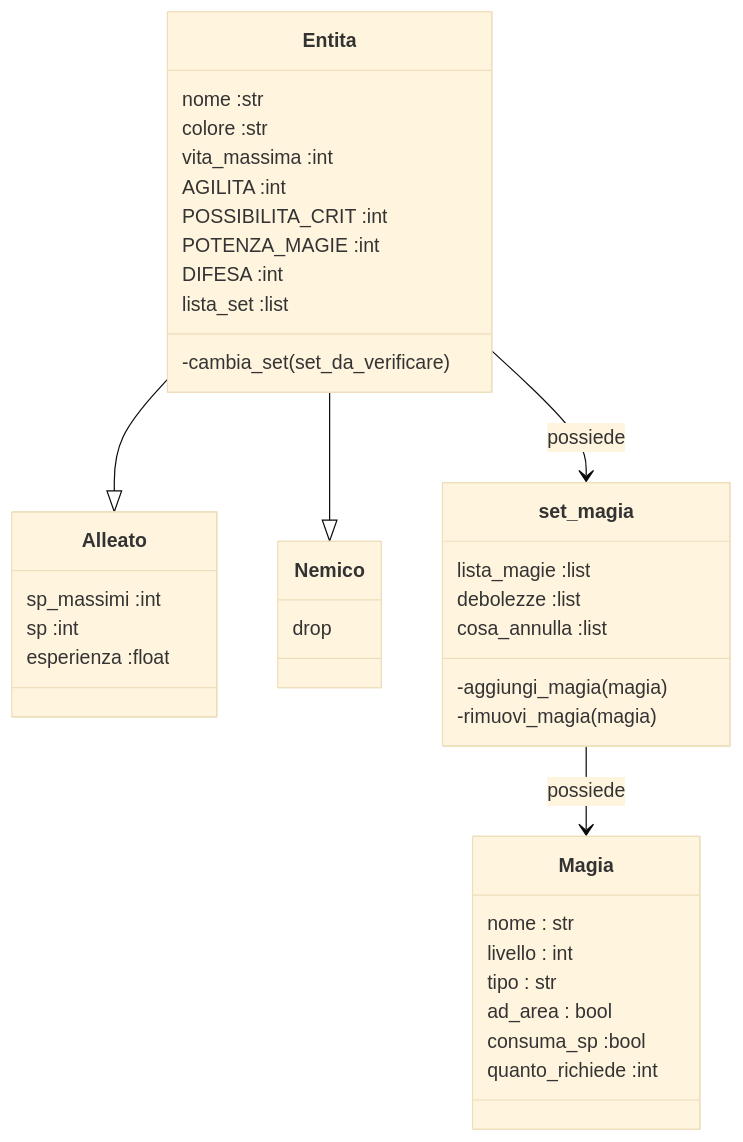
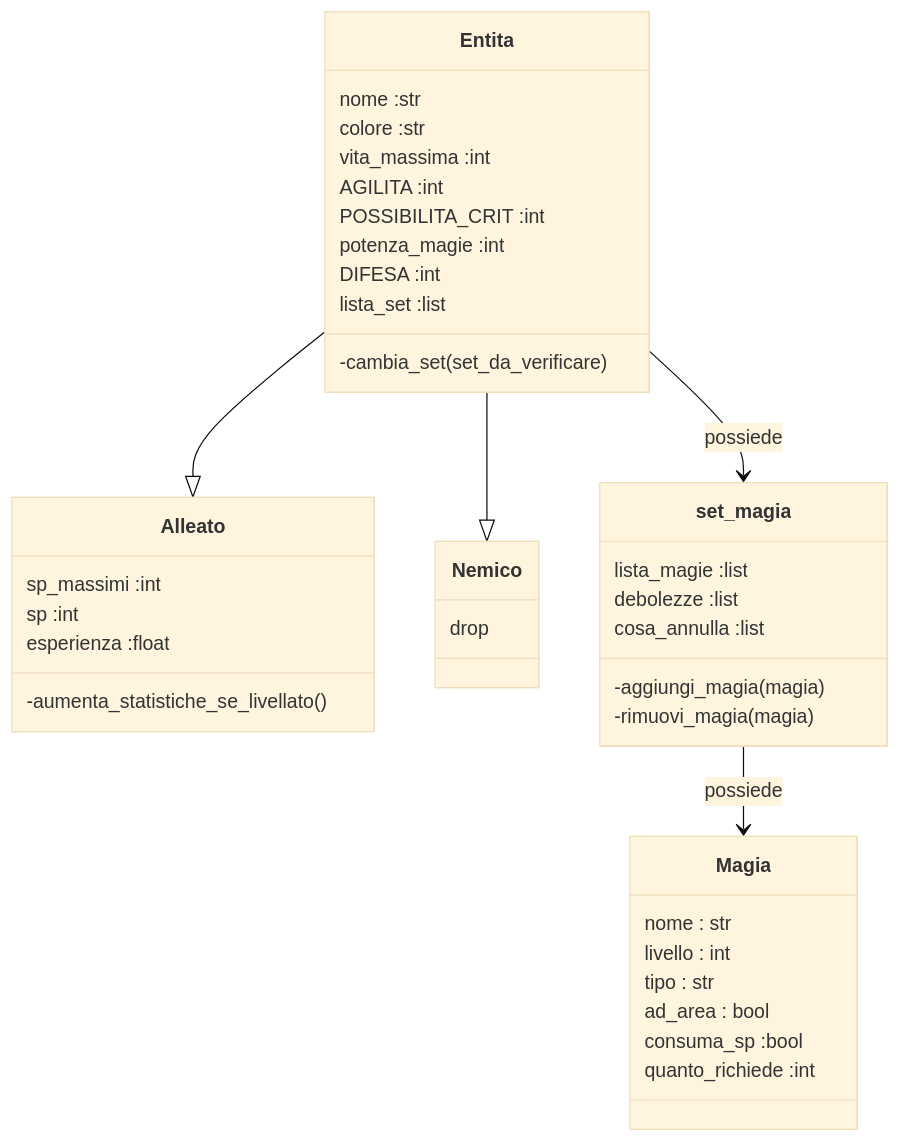
One commit to MarcoArlotti/A_simple_JRPG_on_the_CMD_RE-COMMITTED changed the diagram in uml/game_logic.md. Above: the diagram before and after it, drawn with Mermaid (base theme). The commit also changed 2 other files, not shown here.

Commit message:
added funcion for leveling up

````diff
--- a/uml/game_logic.md
+++ b/uml/game_logic.md
@@ -1,46 +1,47 @@
 ```mermaid
 classDiagram
 Entita --|> Alleato
 Entita --|> Nemico
 Entita --> set_magia :possiede
 set_magia --> Magia :possiede
 
 class Entita {
     nome :str
     colore :str
     vita_massima :int
     AGILITA :int
     POSSIBILITA_CRIT :int
-    POTENZA_MAGIE :int
+    potenza_magie :int
     DIFESA :int
     lista_set :list
     -cambia_set(set_da_verificare)
 }
 
 class Alleato {
     sp_massimi :int
     sp :int
     esperienza :float
+    -aumenta_statistiche_se_livellato()
 }
 
 class Nemico{
     drop
 }
 
 class set_magia {
     lista_magie :list
     debolezze :list
     cosa_annulla :list
     -aggiungi_magia(magia)
     -rimuovi_magia(magia)
 }
 
 class Magia {
     nome : str
     livello : int
     tipo : str
     ad_area : bool
     consuma_sp :bool
     quanto_richiede :int
 }
 ```
````
